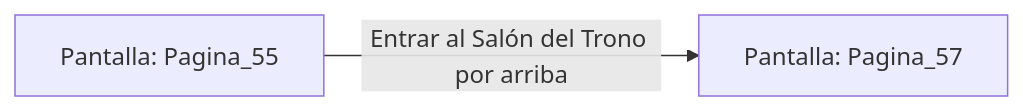
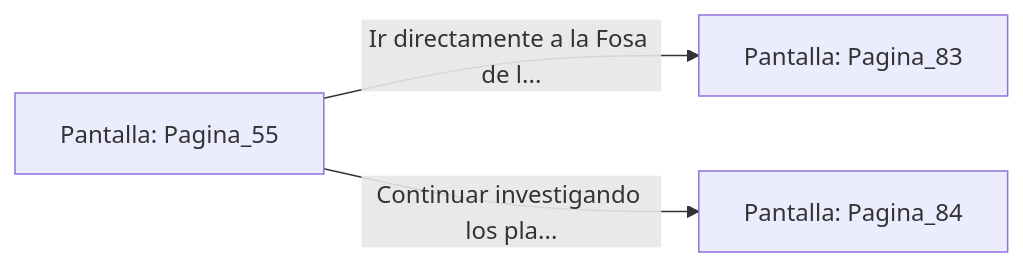
Before and after one commit to metsuke/mpl: the diagram in sample/eligejuego-vault/Pantalla_Pagina_55.md, drawn with Mermaid. The commit also changed other lines of this file and 635 other files, not shown here.

First line of the commit message:
fix: añadir Pagina_1 como pantalla inicial en capitulo_01.mpl

````diff
--- a/sample/eligejuego-vault/Pantalla_Pagina_55.md
+++ b/sample/eligejuego-vault/Pantalla_Pagina_55.md
@@ -14,5 +24,6 @@
 ```mermaid
 graph LR
     P_Pagina_55["Pantalla: Pagina_55"]
-    P_Pagina_55 -->|"Entrar al Salón del Trono por arriba"| P_Pagina_57["Pantalla: Pagina_57"]
+    P_Pagina_55 -->|"Ir directamente a la Fosa de l..."| P_Pagina_83["Pantalla: Pagina_83"]
+    P_Pagina_55 -->|"Continuar investigando los pla..."| P_Pagina_84["Pantalla: Pagina_84"]
 ```
````
